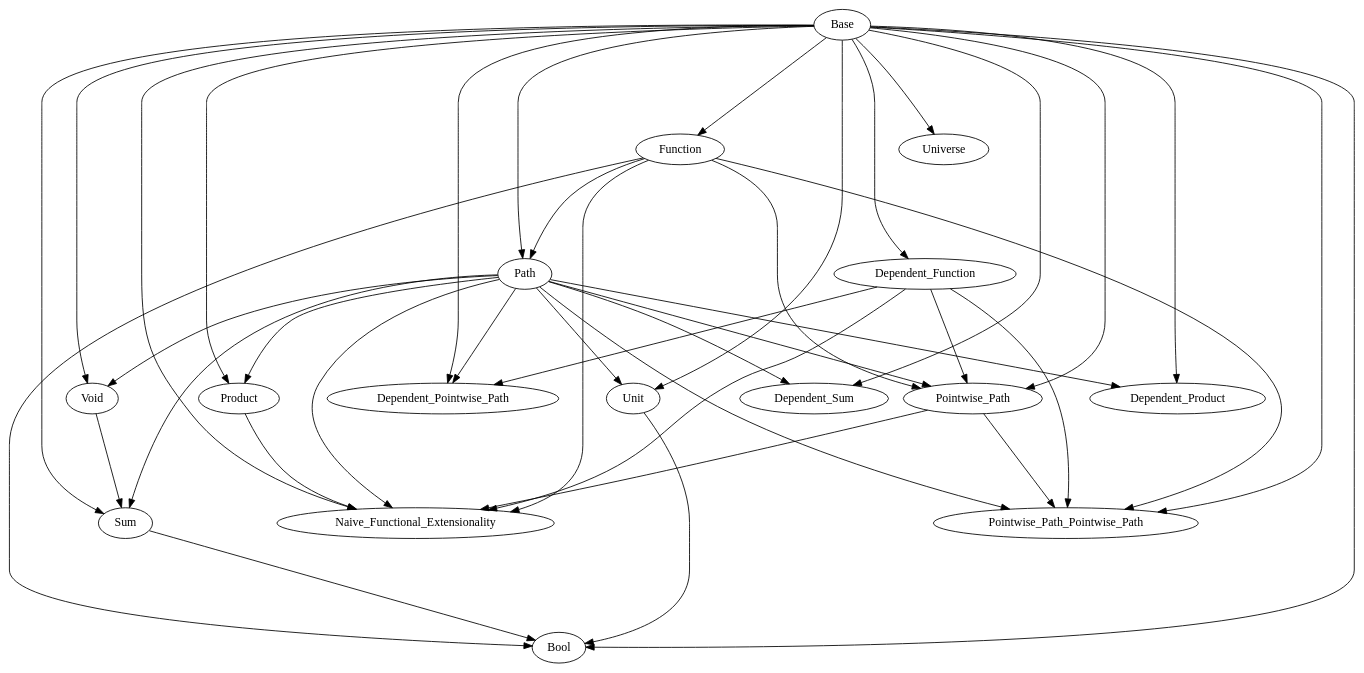
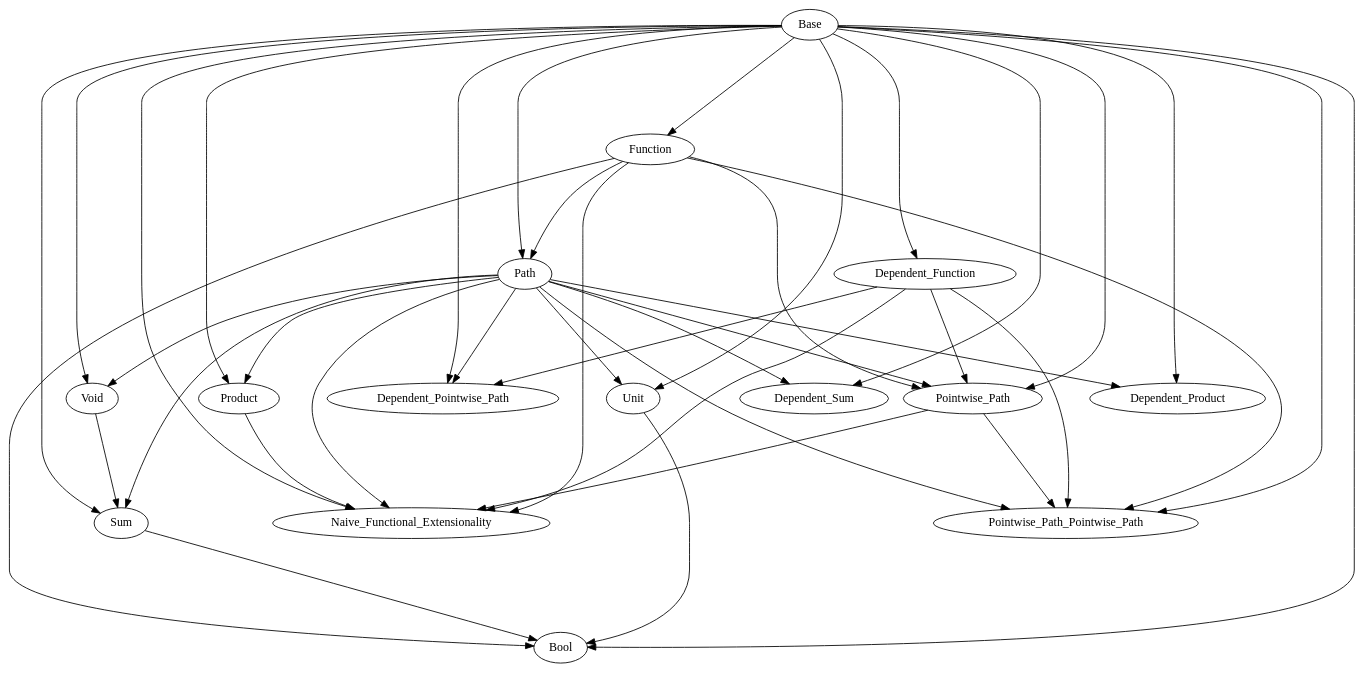
The diagram in libraries/dependencies.gv (Hexirp/googology-in-coq), drawn with Graphviz before and after one commit. The commit also changed 1 other file, not shown here.

Commit message:
Update: Universe を削除する
使わないことにしたので。

```diff
--- a/libraries/dependencies.gv
+++ b/libraries/dependencies.gv
@@ -1,75 +1,72 @@
 digraph Dependencies {
   edge [ minlen = 3 ];
 
   # Base
 
   # Dependent_Function
   "Base" -> "Dependent_Function";
 
   # Function
   "Base" -> "Function";
 
   # Path
   "Base" -> "Path";
   "Function" -> "Path";
 
   # Void
   "Base" -> "Void";
   "Path" -> "Void";
 
   # Unit
   "Base" -> "Unit";
   "Path" -> "Unit";
 
   # Sum
   "Base" -> "Sum";
   "Path" -> "Sum";
   "Void" -> "Sum";
 
   # Product
   "Base" -> "Product";
   "Path" -> "Product";
 
   # Dependent_Sum
   "Base" -> "Dependent_Sum";
   "Path" -> "Dependent_Sum";
 
   # Dependent_Product
   "Base" -> "Dependent_Product";
   "Path" -> "Dependent_Product";
 
-  # Universe
-  "Base" -> "Universe";
-
   # Dependent_Pointwise_Path
   "Base" -> "Dependent_Pointwise_Path";
   "Dependent_Function" -> "Dependent_Pointwise_Path";
   "Path" -> "Dependent_Pointwise_Path";
 
   # Pointwise_Path
   "Base" -> "Pointwise_Path";
   "Dependent_Function" -> "Pointwise_Path";
   "Function" -> "Pointwise_Path";
   "Path" -> "Pointwise_Path";
 
   # Pointwise_Path_Pointwise_Path
   "Base" -> "Pointwise_Path_Pointwise_Path";
   "Dependent_Function" -> "Pointwise_Path_Pointwise_Path";
   "Function" -> "Pointwise_Path_Pointwise_Path";
   "Path" -> "Pointwise_Path_Pointwise_Path";
   "Pointwise_Path" -> "Pointwise_Path_Pointwise_Path";
 
   # Naive_Functional_Extensionality
   "Base" -> "Naive_Functional_Extensionality";
   "Dependent_Function" -> "Naive_Functional_Extensionality";
   "Function" -> "Naive_Functional_Extensionality";
   "Product" -> "Naive_Functional_Extensionality";
   "Path" -> "Naive_Functional_Extensionality";
   "Pointwise_Path" -> "Naive_Functional_Extensionality";
 
   # Bool
   "Base" -> "Bool";
   "Function" -> "Bool";
   "Sum" -> "Bool";
   "Unit" -> "Bool";
 }
```
